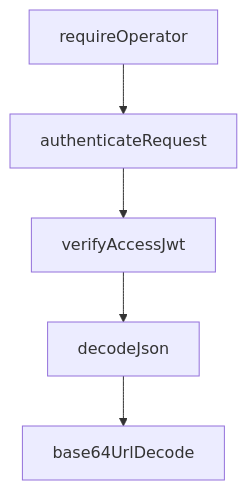
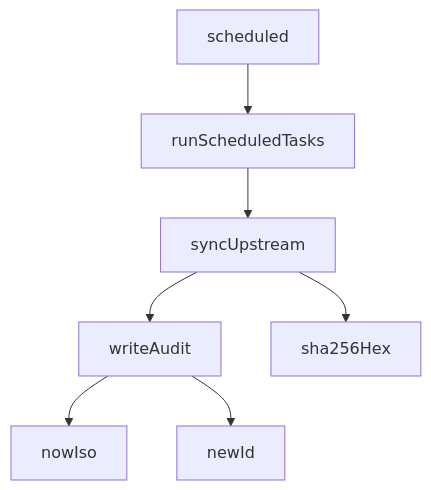
The second of 2 diagrams in docs/wiki/application-runtime.md (DailenG/CheckDeployManager), drawn with Mermaid before and after one commit. The commit also changed other lines of this file and 14 other files, not shown here.

````diff
--- a/docs/wiki/application-runtime.md
+++ b/docs/wiki/application-runtime.md
@@ -124,10 +177,9 @@
 ```mermaid
 flowchart TD
-  A[requireOperator]
-  B[authenticateRequest]
-  C[verifyAccessJwt]
-  D[decodeJson]
-  E[base64UrlDecode]
-
-  A --> B --> C --> D --> E
+  A["scheduled"] --> B["runScheduledTasks"]
+  B --> C["syncUpstream"]
+  C --> D["writeAudit"]
+  D --> E["nowIso"]
+  D --> F["newId"]
+  C --> G["sha256Hex"]
 ```
````
